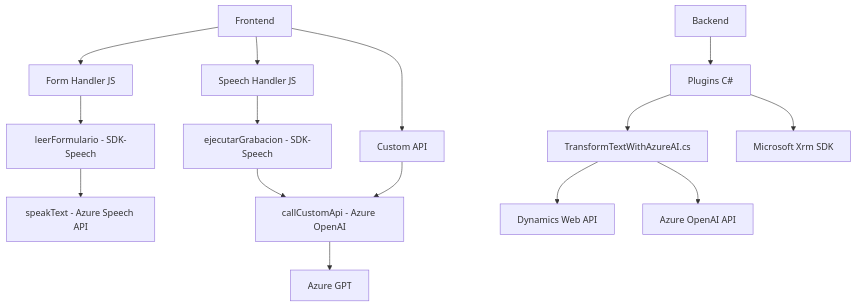
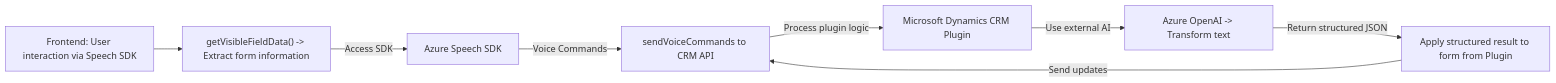
One commit to blopezdm/NETCORE_BILBAO2025 changed the diagram in README.md. Above: the diagram before and after it, drawn with Mermaid. The commit also changed other lines of this file, not shown here.

````diff
--- a/README.md
+++ b/README.md
@@ -37,17 +57,18 @@
 ```mermaid
-graph TD
-    A["Frontend"] --> B["Form Handler JS"]
-    A --> C["Speech Handler JS"]
-    B --> D["leerFormulario - SDK-Speech"]
-    C --> E["ejecutarGrabacion - SDK-Speech"]
-    D --> F["speakText - Azure Speech API"]
-    E --> G["callCustomApi - Azure OpenAI"]
-    G --> H["Azure GPT"]
-    A --> I["Custom API"]
-    I --> G
-    J["Backend"] --> K["Plugins C#"]
-    K --> L["TransformTextWithAzureAI.cs"]
-    L --> M["Dynamics Web API"]
-    L --> N["Azure OpenAI API"]
-    K --> O["Microsoft Xrm SDK"]
+graph LR
+    A["Frontend: User interaction via Speech SDK"]
+    B["getVisibleFieldData() -> Extract form information"]
+    C["Azure Speech SDK"]
+    D["sendVoiceCommands to CRM API"]
+    E["Microsoft Dynamics CRM Plugin"]
+    F["Azure OpenAI -> Transform text"]
+    G["Apply structured result to form from Plugin"]
+
+    A --> B
+    B -- Access SDK --> C
+    C -- Voice Commands --> D
+    D -- Process plugin logic --> E
+    E -- Use external AI --> F
+    F -- Return structured JSON --> G
+    G -- Send updates --> D
 ```
````
